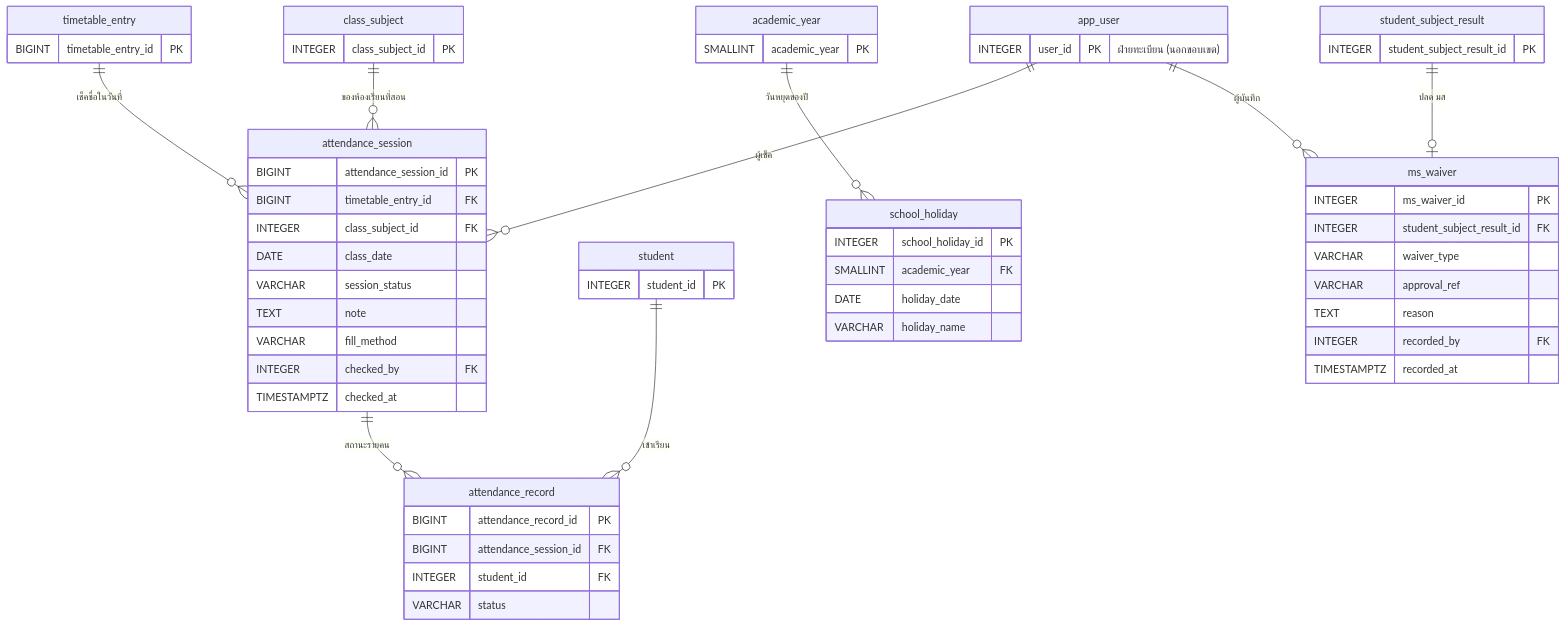
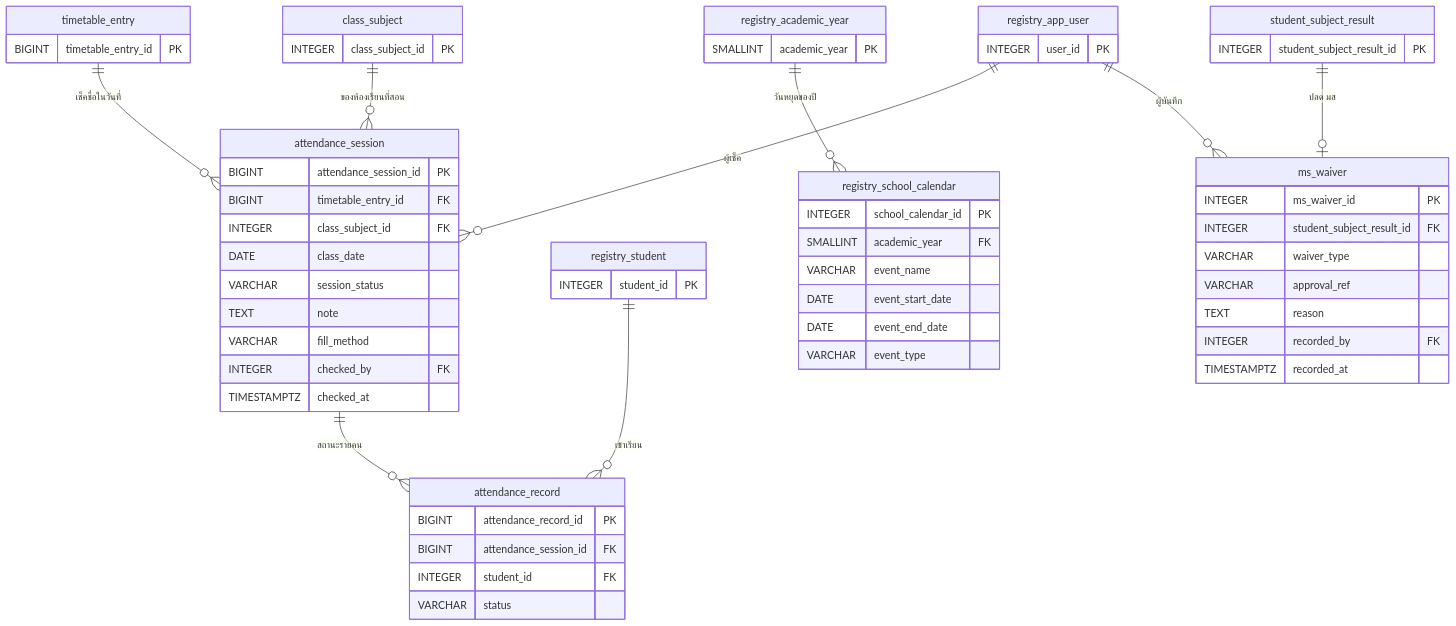
One commit to polymercatzz/Academic changed the diagram in docs/database/04-attendance.md. Above: the diagram before and after it, drawn with Mermaid. The commit also changed other lines of this file and 14 other files, not shown here.

````diff
--- a/docs/database/04-attendance.md
+++ b/docs/database/04-attendance.md
@@ -28,62 +30,64 @@
 ```mermaid
 erDiagram
     timetable_entry ||--o{ attendance_session : "เช็คชื่อในวันที่"
     class_subject ||--o{ attendance_session : "ของห้องเรียนที่สอน"
-    app_user ||--o{ attendance_session : "ผู้เช็ค"
+    registry_app_user ||--o{ attendance_session : "ผู้เช็ค"
     attendance_session ||--o{ attendance_record : "สถานะรายคน"
-    student ||--o{ attendance_record : "เข้าเรียน"
-    academic_year ||--o{ school_holiday : "วันหยุดของปี"
+    registry_student ||--o{ attendance_record : "เข้าเรียน"
+    registry_academic_year ||--o{ registry_school_calendar : "วันหยุดของปี"
     student_subject_result ||--o| ms_waiver : "ปลด มส"
-    app_user ||--o{ ms_waiver : "ผู้บันทึก"
+    registry_app_user ||--o{ ms_waiver : "ผู้บันทึก"
 
     attendance_session {
         BIGINT attendance_session_id PK
         BIGINT timetable_entry_id FK
         INTEGER class_subject_id FK
         DATE class_date
         VARCHAR session_status
         TEXT note
         VARCHAR fill_method
         INTEGER checked_by FK
         TIMESTAMPTZ checked_at
     }
     attendance_record {
         BIGINT attendance_record_id PK
         BIGINT attendance_session_id FK
         INTEGER student_id FK
         VARCHAR status
     }
-    school_holiday {
-        INTEGER school_holiday_id PK
+    registry_school_calendar {
+        INTEGER school_calendar_id PK
         SMALLINT academic_year FK
-        DATE holiday_date
-        VARCHAR holiday_name
+        VARCHAR event_name
+        DATE event_start_date
+        DATE event_end_date
+        VARCHAR event_type
     }
     ms_waiver {
         INTEGER ms_waiver_id PK
         INTEGER student_subject_result_id FK
         VARCHAR waiver_type
         VARCHAR approval_ref
         TEXT reason
         INTEGER recorded_by FK
         TIMESTAMPTZ recorded_at
     }
     student_subject_result {
         INTEGER student_subject_result_id PK
     }
     timetable_entry {
         BIGINT timetable_entry_id PK
     }
     class_subject {
         INTEGER class_subject_id PK
     }
-    app_user {
-        INTEGER user_id PK "ฝ่ายทะเบียน (นอกขอบเขต)"
+    registry_app_user {
+        INTEGER user_id PK
     }
-    student {
+    registry_student {
         INTEGER student_id PK
     }
-    academic_year {
+    registry_academic_year {
         SMALLINT academic_year PK
     }
 ```
````
